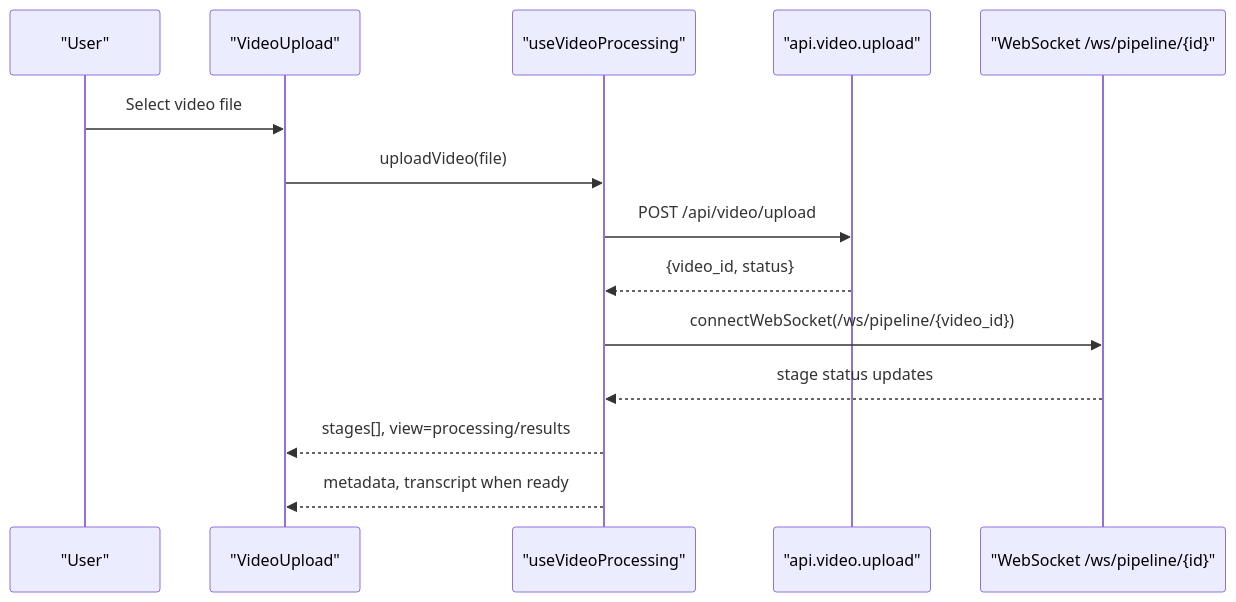
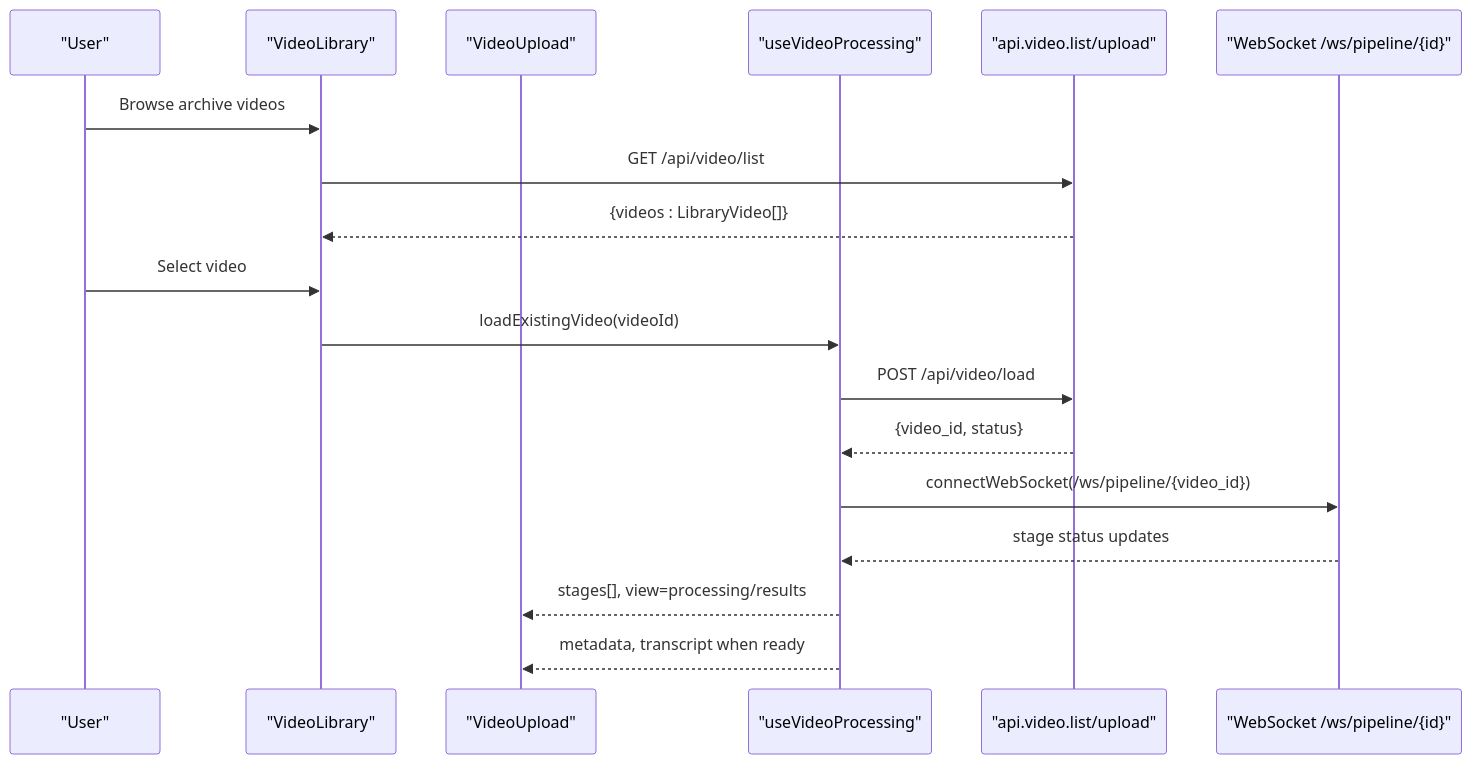
One commit to alexandreybasta-cyber/dubai-media-ai changed the second of 3 diagrams in .qoder/repowiki/en/content/Frontend Application/Component Library.md. Above: the diagram before and after it, drawn with Mermaid. The commit also changed other lines of this file and 49 other files, not shown here.

````diff
--- a/.qoder/repowiki/en/content/Frontend Application/Component Library.md
+++ b/.qoder/repowiki/en/content/Frontend Application/Component Library.md
@@ -174,16 +187,20 @@
 ```mermaid
 sequenceDiagram
 participant U as "User"
+participant VL as "VideoLibrary"
 participant VU as "VideoUpload"
 participant UV as "useVideoProcessing"
-participant API as "api.video.upload"
+participant API as "api.video.list/upload"
 participant WS as "WebSocket /ws/pipeline/{id}"
-U->>VU : Select video file
-VU->>UV : uploadVideo(file)
-UV->>API : POST /api/video/upload
+U->>VL : Browse archive videos
+VL->>API : GET /api/video/list
+API-->>VL : {videos : LibraryVideo[]}
+U->>VL : Select video
+VL->>UV : loadExistingVideo(videoId)
+UV->>API : POST /api/video/load
 API-->>UV : {video_id, status}
 UV->>WS : connectWebSocket(/ws/pipeline/{video_id})
 WS-->>UV : stage status updates
 UV-->>VU : stages[], view=processing/results
 UV-->>VU : metadata, transcript when ready
 ```
````
